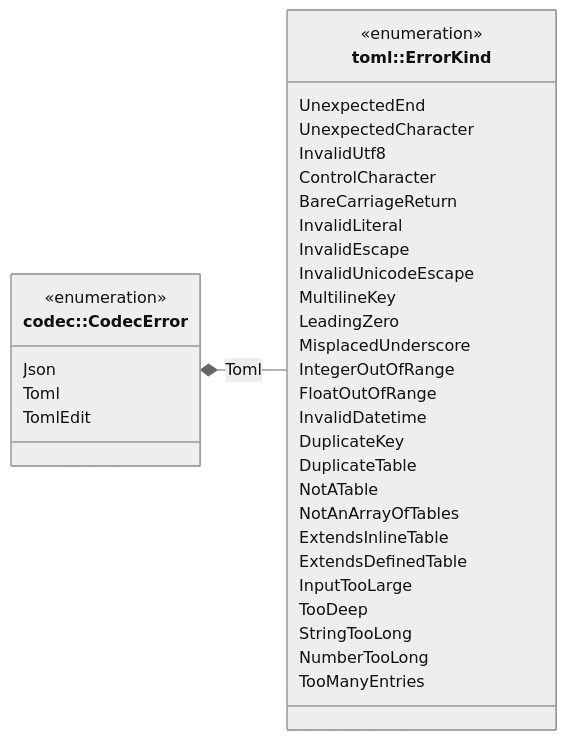
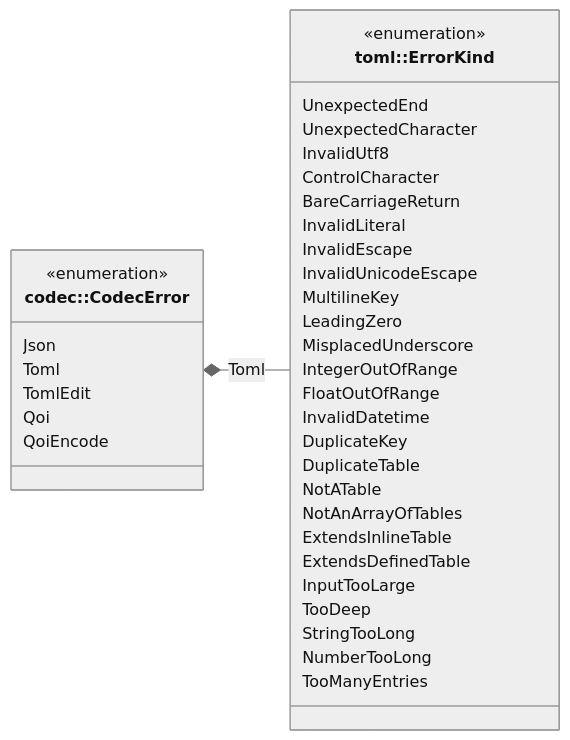
One commit to jabbott-iii/Tidepool changed diagram 18 of 38 in diagrams/class-diagrams.md. Above: the diagram before and after it, drawn with Mermaid (neutral theme). The commit also changed other lines of this file and 67 other files, not shown here.

````diff
--- a/diagrams/class-diagrams.md
+++ b/diagrams/class-diagrams.md
@@ -1224,39 +1305,41 @@
 ```mermaid
 classDiagram
     direction LR
     class CodecError["codec::CodecError"] {
         <<enumeration>>
         Json
         Toml
         TomlEdit
+        Qoi
+        QoiEncode
     }
     class ErrorKind["toml::ErrorKind"] {
         <<enumeration>>
         UnexpectedEnd
         UnexpectedCharacter
         InvalidUtf8
         ControlCharacter
         BareCarriageReturn
         InvalidLiteral
         InvalidEscape
         InvalidUnicodeEscape
         MultilineKey
         LeadingZero
         MisplacedUnderscore
         IntegerOutOfRange
         FloatOutOfRange
         InvalidDatetime
         DuplicateKey
         DuplicateTable
         NotATable
         NotAnArrayOfTables
         ExtendsInlineTable
         ExtendsDefinedTable
         InputTooLarge
         TooDeep
         StringTooLong
         NumberTooLong
         TooManyEntries
     }
     CodecError *-- ErrorKind : Toml
 ```
````
